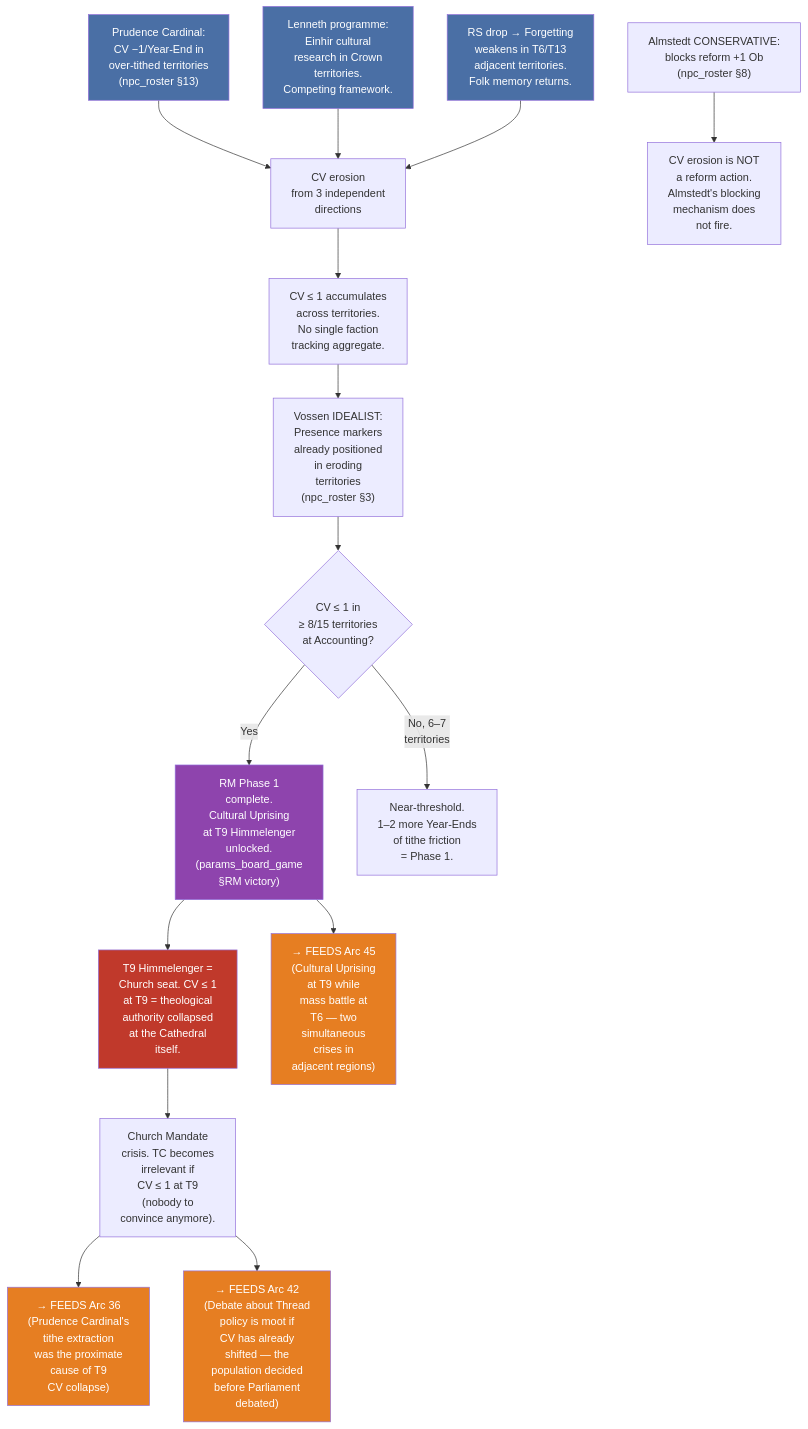
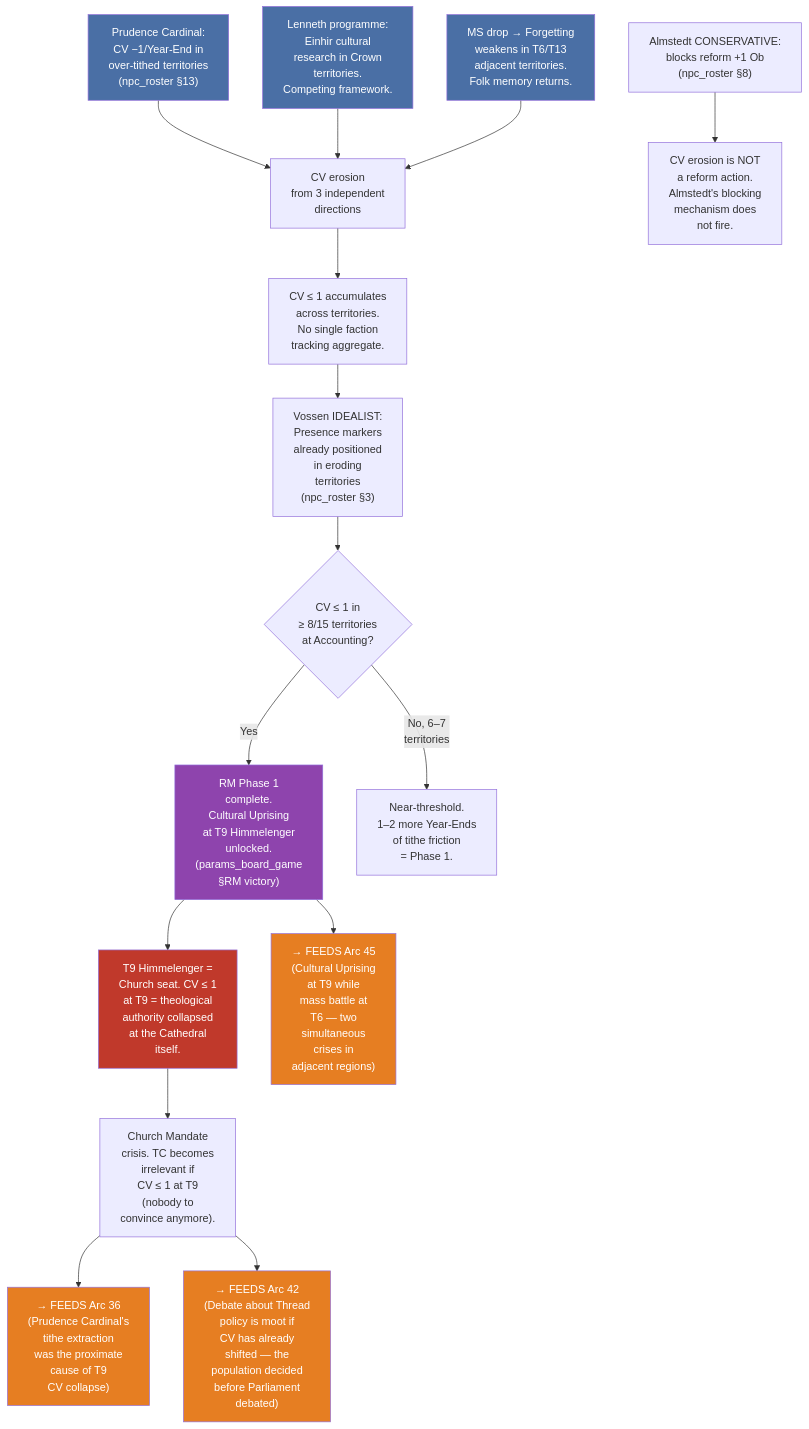
One commit to jordanelias/ttrpg changed the fourth of 5 diagrams in designs/arcs/gm_ref/arcs_41_45.md. Above: the diagram before and after it, drawn with Mermaid. The commit also changed other lines of this file and 40 other files, not shown here.

````diff
--- a/designs/arcs/gm_ref/arcs_41_45.md
+++ b/designs/arcs/gm_ref/arcs_41_45.md
@@ -307,32 +307,32 @@
 ```mermaid
 flowchart TD
     A["Prudence Cardinal:<br/>CV −1/Year-End in<br/>over-tithed territories<br/>(npc_roster §13)"] --> D["CV erosion<br/>from 3 independent<br/>directions"]
     B["Lenneth programme:<br/>Einhir cultural<br/>research in Crown<br/>territories.<br/>Competing framework."] --> D
-    C["RS drop → Forgetting<br/>weakens in T6/T13<br/>adjacent territories.<br/>Folk memory returns."] --> D
+    C["MS drop → Forgetting<br/>weakens in T6/T13<br/>adjacent territories.<br/>Folk memory returns."] --> D
     
     D --> E["CV ≤ 1 accumulates<br/>across territories.<br/>No single faction<br/>tracking aggregate."]
     
     F["Almstedt CONSERVATIVE:<br/>blocks reform +1 Ob<br/>(npc_roster §8)"] --> G["CV erosion is NOT<br/>a reform action.<br/>Almstedt's blocking<br/>mechanism does<br/>not fire."]
     
     E --> H["Vossen IDEALIST:<br/>Presence markers<br/>already positioned<br/>in eroding<br/>territories<br/>(npc_roster §3)"]
     
     H --> I{"CV ≤ 1 in<br/>≥ 8/15 territories<br/>at Accounting?"}
     I -->|Yes| J["RM Phase 1<br/>complete.<br/>Cultural Uprising<br/>at T9 Himmelenger<br/>unlocked.<br/>(params_board_game<br/>§RM victory)"]
     I -->|No, 6–7<br/>territories| K["Near-threshold.<br/>1–2 more Year-Ends<br/>of tithe friction<br/>= Phase 1."]
     
     J --> L["T9 Himmelenger =<br/>Church seat. CV ≤ 1<br/>at T9 = theological<br/>authority collapsed<br/>at the Cathedral<br/>itself."]
     L --> M["Church Mandate<br/>crisis. TC becomes<br/>irrelevant if<br/>CV ≤ 1 at T9<br/>(nobody to<br/>convince anymore)."]
     
     M --> N["→ FEEDS Arc 36<br/>(Prudence Cardinal's<br/>tithe extraction<br/>was the proximate<br/>cause of T9<br/>CV collapse)"]
     M --> O["→ FEEDS Arc 42<br/>(Debate about Thread<br/>policy is moot if<br/>CV has already<br/>shifted — the<br/>population decided<br/>before Parliament<br/>debated)"]
     J --> P["→ FEEDS Arc 45<br/>(Cultural Uprising<br/>at T9 while<br/>mass battle at<br/>T6 — two<br/>simultaneous<br/>crises in<br/>adjacent regions)"]
 
     style A fill:#4a6fa5,color:white
     style B fill:#4a6fa5,color:white
     style C fill:#4a6fa5,color:white
     style J fill:#8e44ad,color:white
     style L fill:#c0392b,color:white
     style N fill:#e67e22,color:white
     style O fill:#e67e22,color:white
     style P fill:#e67e22,color:white
 ```
````
